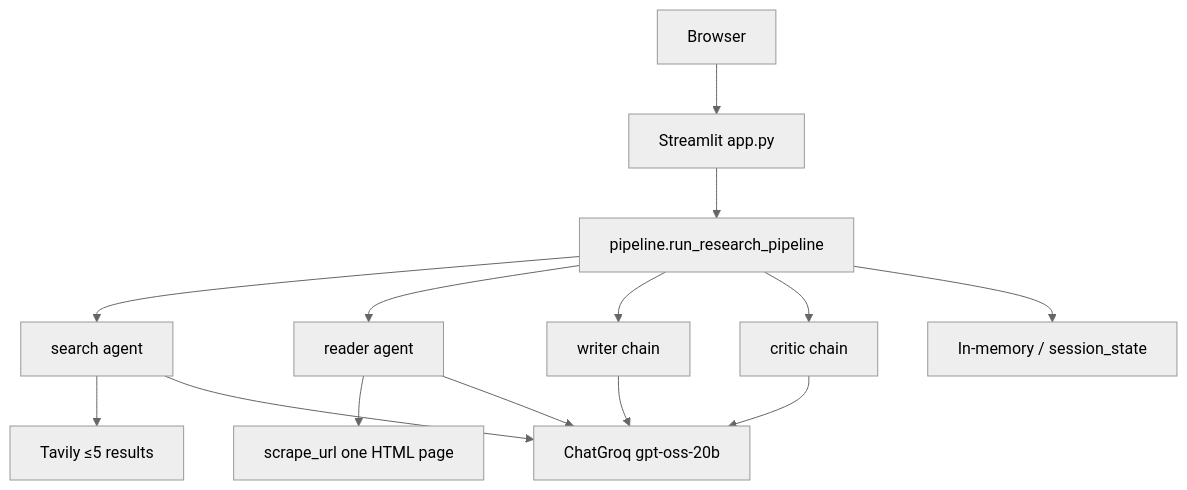
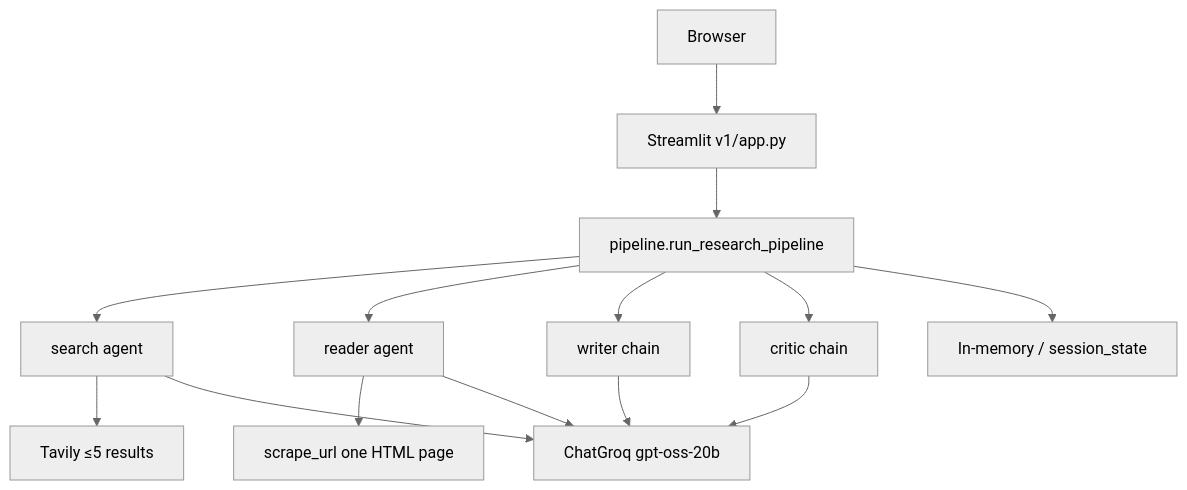
One commit to sumitjadhav1703/Multi_agent_research_system changed the first of 4 diagrams in docs/engineering-story/README.md. Above: the diagram before and after it, drawn with Mermaid (neutral theme). The commit also changed other lines of this file and 35 other files, not shown here.

````diff
--- a/docs/engineering-story/README.md
+++ b/docs/engineering-story/README.md
@@ -64,16 +63,16 @@
 ```mermaid
 flowchart TD
-  User[Browser] --> ST[Streamlit app.py]
+  User[Browser] --> ST[Streamlit v1/app.py]
   ST --> Pipe[pipeline.run_research_pipeline]
   Pipe --> S[search agent]
   Pipe --> R[reader agent]
   Pipe --> W[writer chain]
   Pipe --> C[critic chain]
   S --> Tavily[Tavily ≤5 results]
   R --> Scrape[scrape_url one HTML page]
   S --> Groq[ChatGroq gpt-oss-20b]
   R --> Groq
   W --> Groq
   C --> Groq
   Pipe --> Mem[In-memory / session_state]
 ```
````
